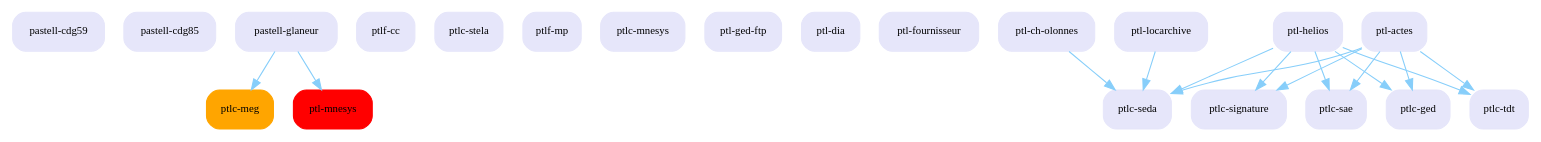
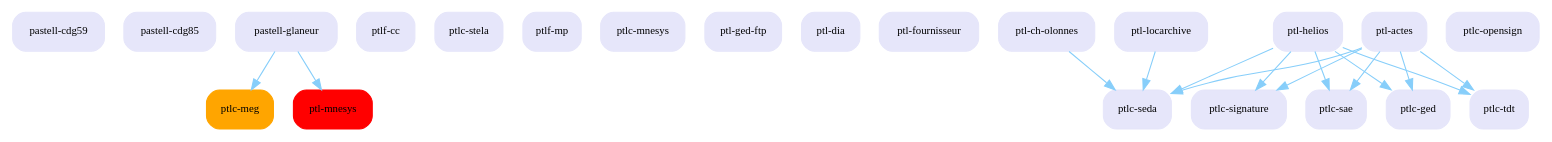
The diagram in web/img/extensions_graphe/extensions_graphe.dot (megalis-bretagne/pastell), drawn with Graphviz before and after one commit. The commit also changed 6 other files, not shown here.

```diff
--- a/web/img/extensions_graphe/extensions_graphe.dot
+++ b/web/img/extensions_graphe/extensions_graphe.dot
@@ -1,52 +1,53 @@
 digraph G {
 edge [color=lightskyblue,arrowsize=1];
 node [color=lavender,fontsize = "10",shape=box,style="rounded,filled"];
 pastell_cdg59[label="pastell-cdg59"];
 pastell_cdg85[label="pastell-cdg85"];
 ptlc_meg[label="ptlc-meg"];
 ptlf_cc[label="ptlf-cc"];
 ptlc_stela[label="ptlc-stela"];
 ptlf_mp[label="ptlf-mp"];
 pastell_glaneur[label="pastell-glaneur"];
 pastell_glaneur->ptlc_meg;
 ptlc_meg[label="ptlc-meg", color = orange];
 pastell_glaneur->ptl_mnesys;
 ptl_mnesys[label="ptl-mnesys", color = red];
 ptlc_mnesys[label="ptlc-mnesys"];
 ptl_ged_ftp[label="ptl-ged-ftp"];
 ptl_dia[label="ptl-dia"];
 ptl_fournisseur[label="ptl-fournisseur"];
 ptl_ch_olonnes[label="ptl-ch-olonnes"];
 ptl_ch_olonnes->ptlc_seda;
 ptlc_seda[label="ptlc-seda"];
 ptl_locarchive[label="ptl-locarchive"];
 ptl_locarchive->ptlc_seda;
 ptlc_seda[label="ptlc-seda"];
 ptl_helios[label="ptl-helios"];
 ptl_helios->ptlc_seda;
 ptlc_seda[label="ptlc-seda"];
 ptl_helios->ptlc_tdt;
 ptlc_tdt[label="ptlc-tdt"];
 ptl_helios->ptlc_signature;
 ptlc_signature[label="ptlc-signature"];
 ptl_helios->ptlc_sae;
 ptlc_sae[label="ptlc-sae"];
 ptl_helios->ptlc_ged;
 ptlc_ged[label="ptlc-ged"];
 ptl_actes[label="ptl-actes"];
 ptl_actes->ptlc_seda;
 ptlc_seda[label="ptlc-seda"];
 ptl_actes->ptlc_tdt;
 ptlc_tdt[label="ptlc-tdt"];
 ptl_actes->ptlc_signature;
 ptlc_signature[label="ptlc-signature"];
 ptl_actes->ptlc_sae;
 ptlc_sae[label="ptlc-sae"];
 ptl_actes->ptlc_ged;
 ptlc_ged[label="ptlc-ged"];
 ptlc_tdt[label="ptlc-tdt"];
 ptlc_seda[label="ptlc-seda"];
 ptlc_sae[label="ptlc-sae"];
 ptlc_signature[label="ptlc-signature"];
 ptlc_ged[label="ptlc-ged"];
+ptlc_opensign[label="ptlc-opensign"];
 }
```
